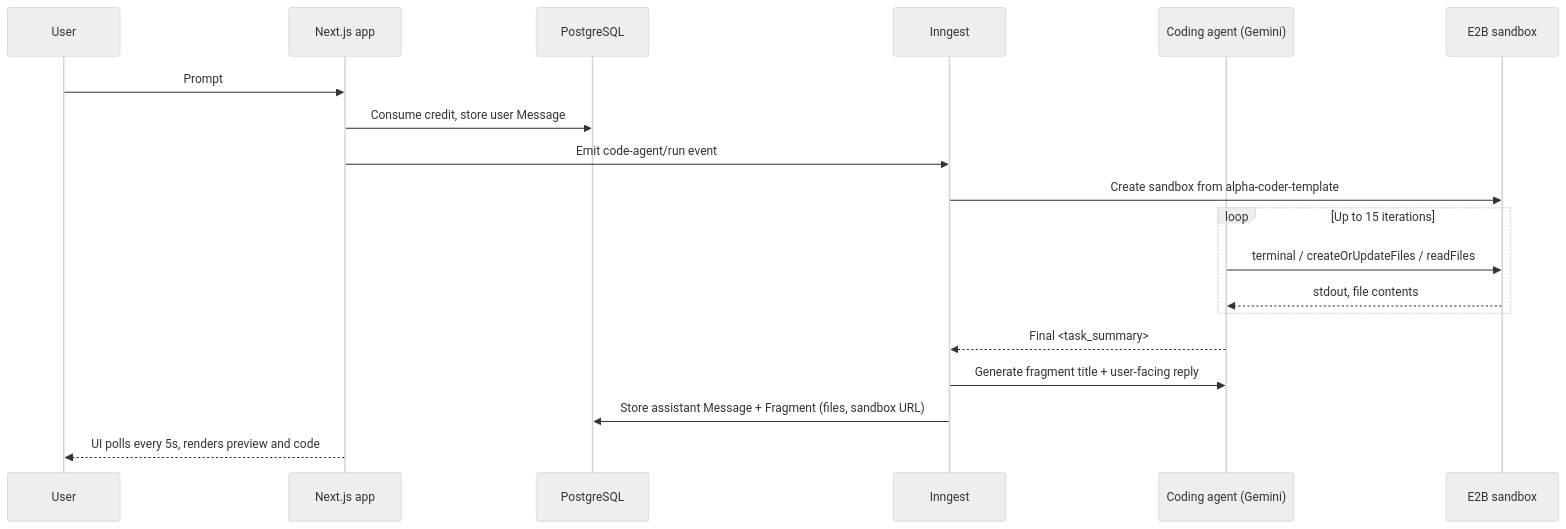
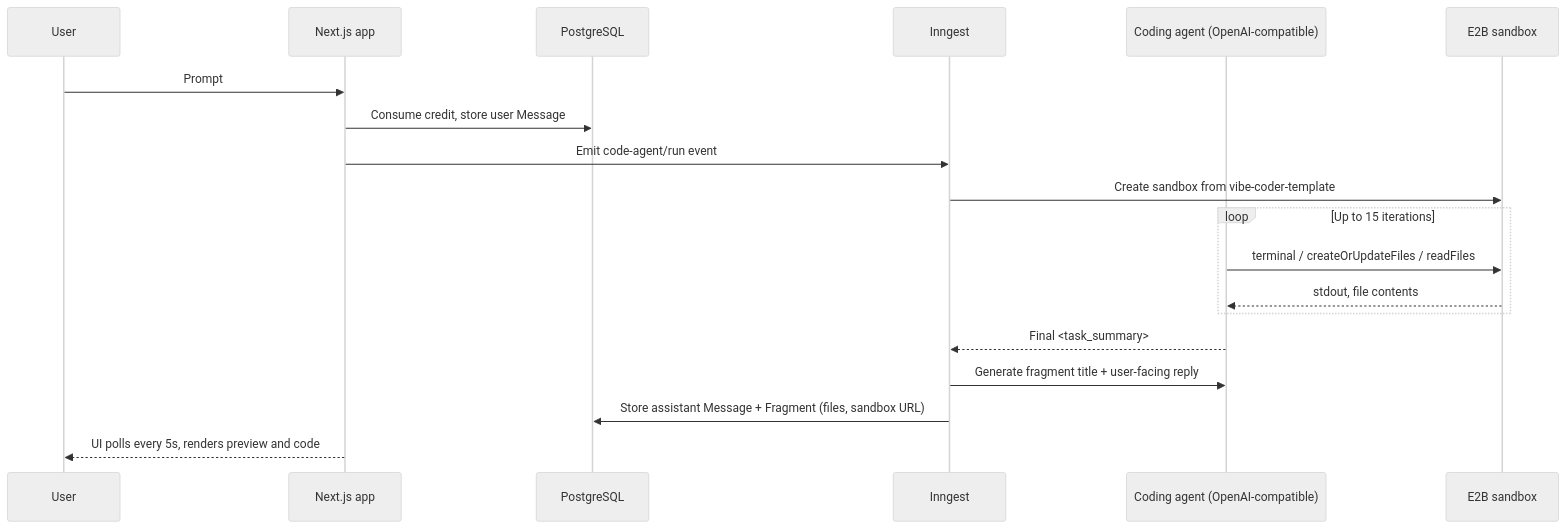
Before and after one commit to Nayanchandrakar/lovable: the diagram in README.md, drawn with Mermaid (neutral theme). The commit also changed other lines of this file and 1 other file, not shown here.

````diff
--- a/README.md
+++ b/README.md
@@ -51,22 +49,22 @@
 ```mermaid
 sequenceDiagram
     participant U as User
     participant W as Next.js app
     participant DB as PostgreSQL
     participant I as Inngest
-    participant A as Coding agent (Gemini)
+    participant A as Coding agent (OpenAI-compatible)
     participant S as E2B sandbox
 
     U->>W: Prompt
     W->>DB: Consume credit, store user Message
     W->>I: Emit code-agent/run event
-    I->>S: Create sandbox from alpha-coder-template
+    I->>S: Create sandbox from vibe-coder-template
     loop Up to 15 iterations
         A->>S: terminal / createOrUpdateFiles / readFiles
         S-->>A: stdout, file contents
     end
     A-->>I: Final <task_summary>
     I->>A: Generate fragment title + user-facing reply
     I->>DB: Store assistant Message + Fragment (files, sandbox URL)
     W-->>U: UI polls every 5s, renders preview and code
 ```
````
